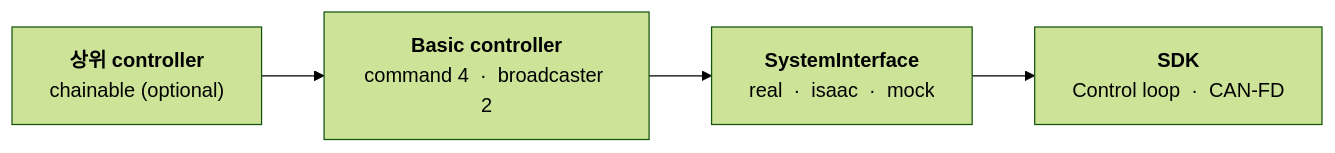
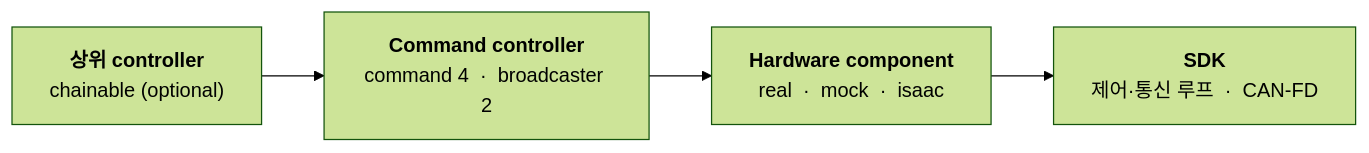
One commit to aidinrobotics/aidin-hand2-ros2 changed the diagram in README.ko.md. Above: the diagram before and after it, drawn with Mermaid (forest theme). The commit also changed other lines of this file and 27 other files, not shown here.

````diff
--- a/README.ko.md
+++ b/README.ko.md
@@ -17,9 +19,9 @@
 ```mermaid
 %%{init: {"flowchart": {"curve": "linear"}}}%%
 flowchart LR
     Upper["<b>상위 controller</b><br/>chainable (optional)"]
-    Basic["<b>Basic controller</b><br/>command 4 &nbsp;·&nbsp; broadcaster 2"]
-    HW["<b>SystemInterface</b><br/>real &nbsp;·&nbsp; isaac &nbsp;·&nbsp; mock"]
-    SDK["<b>SDK</b><br/>Control loop &nbsp;·&nbsp; CAN-FD"]
+    Basic["<b>Command controller</b><br/>command 4 &nbsp;·&nbsp; broadcaster 2"]
+    HW["<b>Hardware component</b><br/>real &nbsp;·&nbsp; mock &nbsp;·&nbsp; isaac"]
+    SDK["<b>SDK</b><br/>제어·통신 루프 &nbsp;·&nbsp; CAN-FD"]
     Upper --> Basic --> HW --> SDK
 ```
````
